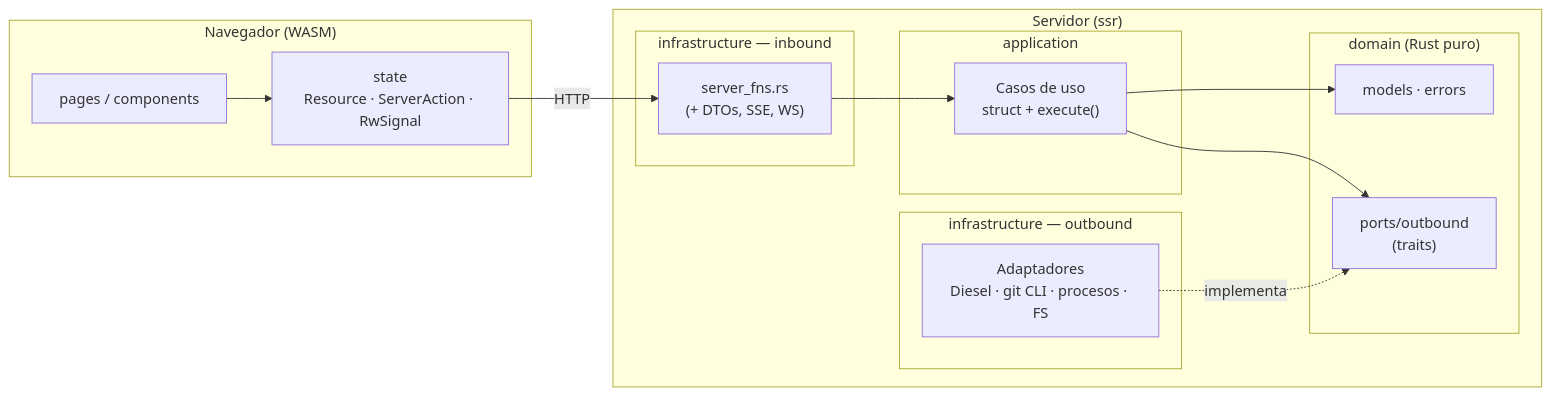
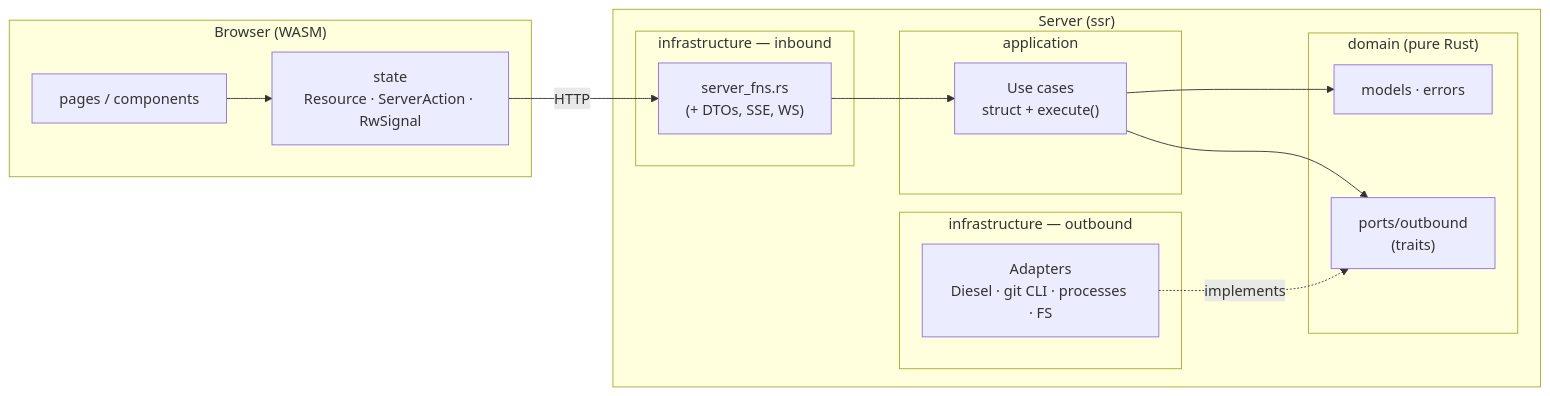
Before and after one commit to plopezm/iworkflow: the fourth of 12 diagrams in ARCHITECTURE.md, drawn with Mermaid. The commit also changed other lines of this file and 5 other files, not shown here.

````diff
--- a/ARCHITECTURE.md
+++ b/ARCHITECTURE.md
@@ -232,26 +236,26 @@
 ```mermaid
 flowchart LR
-    subgraph Cliente["Navegador (WASM)"]
+    subgraph Client["Browser (WASM)"]
         PG[pages / components] --> ST["state<br/>Resource · ServerAction · RwSignal"]
     end
     ST -- "HTTP" --> SF
-    subgraph Servidor["Servidor (ssr)"]
+    subgraph Server["Server (ssr)"]
         subgraph INF_IN["infrastructure — inbound"]
             SF["server_fns.rs<br/>(+ DTOs, SSE, WS)"]
         end
         subgraph APP["application"]
-            UC["Casos de uso<br/>struct + execute()"]
+            UC["Use cases<br/>struct + execute()"]
         end
-        subgraph DOM["domain (Rust puro)"]
+        subgraph DOM["domain (pure Rust)"]
             M["models · errors"]
             PO["ports/outbound<br/>(traits)"]
         end
         subgraph INF_OUT["infrastructure — outbound"]
-            AD["Adaptadores<br/>Diesel · git CLI · procesos · FS"]
+            AD["Adapters<br/>Diesel · git CLI · processes · FS"]
         end
         SF --> UC
         UC --> M
         UC --> PO
-        AD -. implementa .-> PO
+        AD -. implements .-> PO
     end
 ```
````
